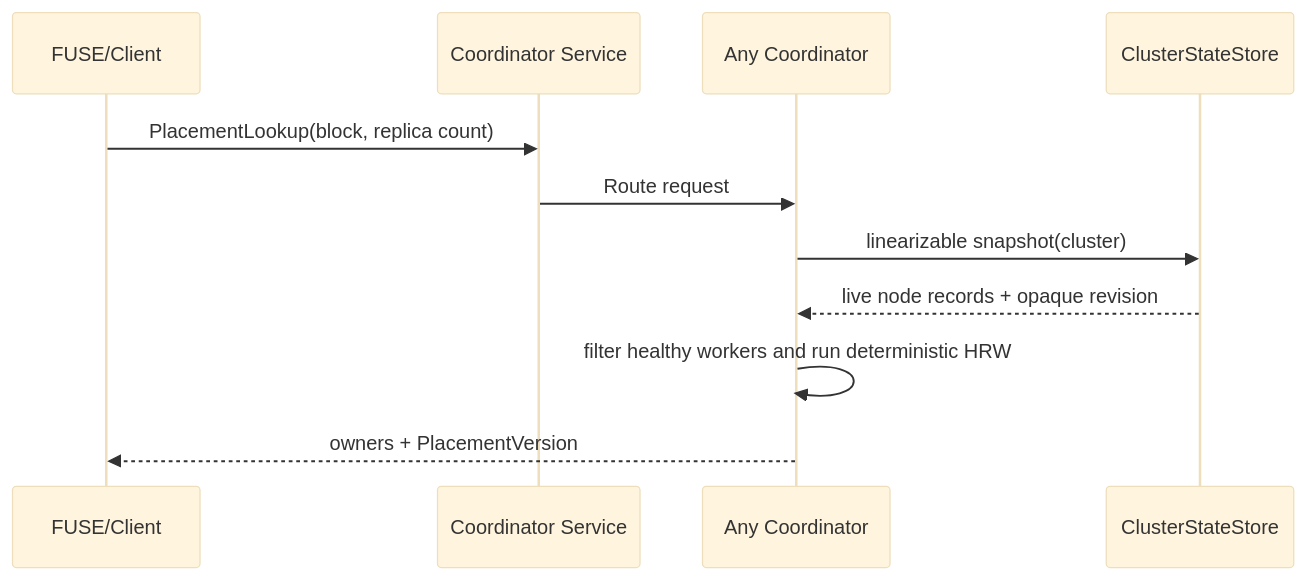
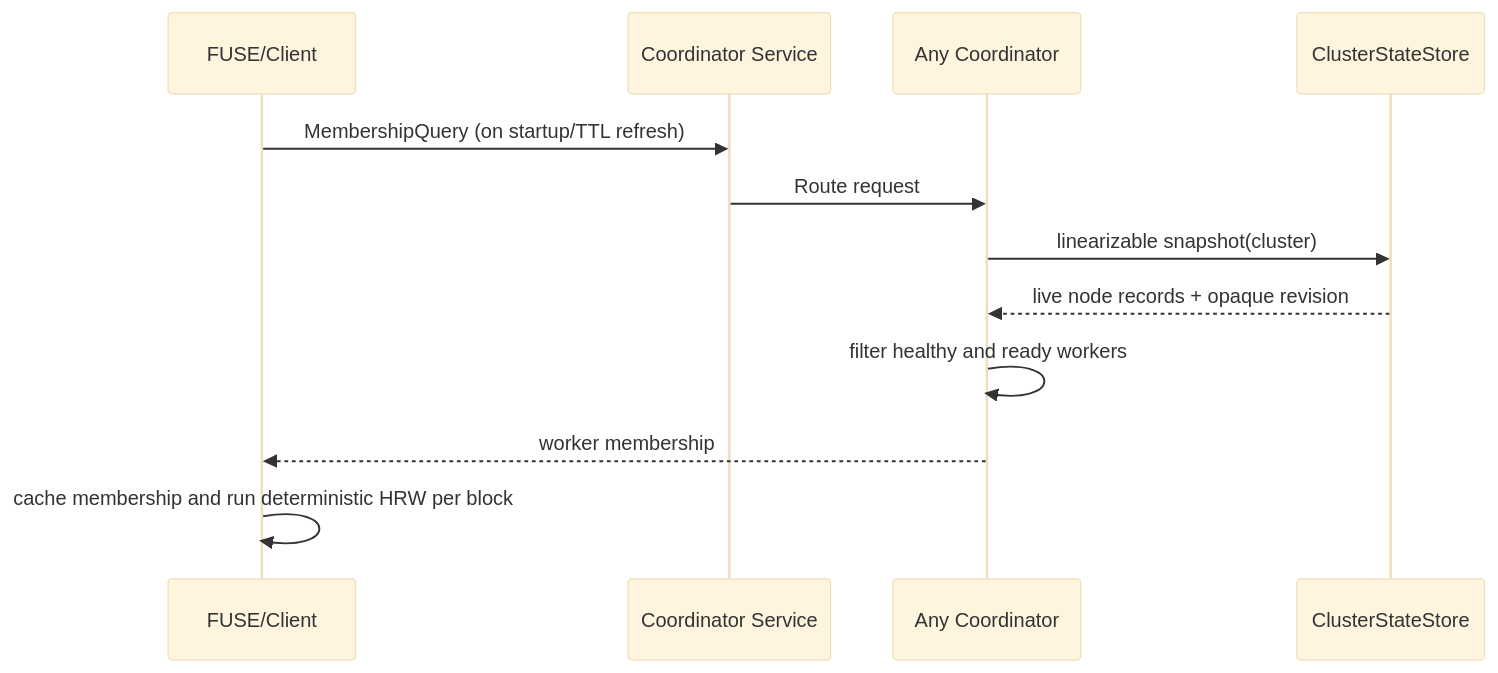
Before and after one commit to milvus-io/talon: the second of 3 diagrams in docs/adr/0001-management-plane-ha.md, drawn with Mermaid (base theme). The commit also changed other lines of this file and 20 other files, not shown here.

Commit message:
feat: compute cache block placement in clients (#455)

````diff
--- a/docs/adr/0001-management-plane-ha.md
+++ b/docs/adr/0001-management-plane-ha.md
@@ -372,14 +391,15 @@
 ```mermaid
 sequenceDiagram
     participant F as FUSE/Client
     participant LB as Coordinator Service
     participant C as Any Coordinator
     participant S as ClusterStateStore
 
-    F->>LB: PlacementLookup(block, replica count)
+    F->>LB: MembershipQuery (on startup/TTL refresh)
     LB->>C: Route request
     C->>S: linearizable snapshot(cluster)
     S-->>C: live node records + opaque revision
-    C->>C: filter healthy workers and run deterministic HRW
-    C-->>F: owners + PlacementVersion
+    C->>C: filter healthy and ready workers
+    C-->>F: worker membership
+    F->>F: cache membership and run deterministic HRW per block
 ```
````
